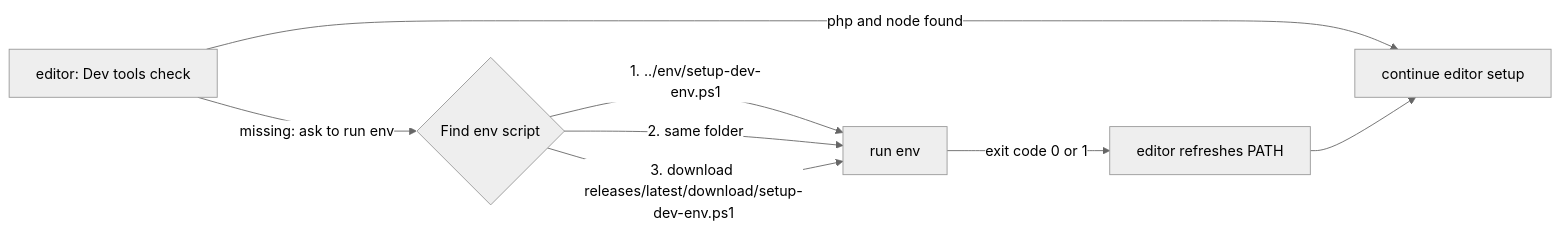
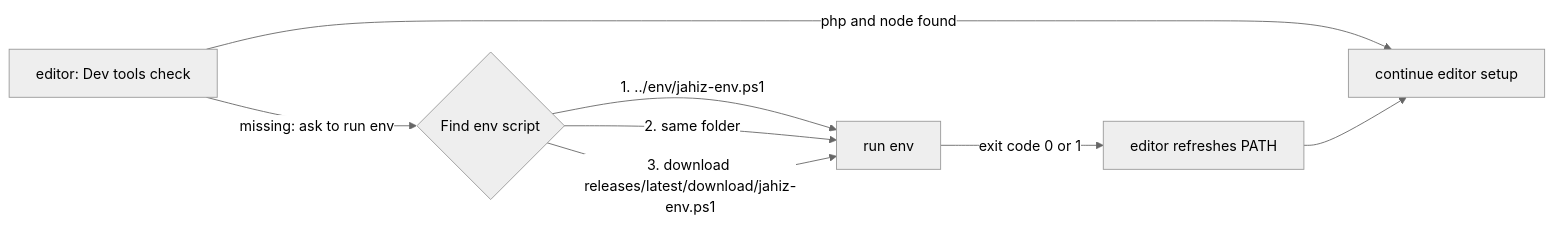
Before and after one commit to Eslam-Nazer/dev-setup: the first of 2 diagrams in docs/architecture.md, drawn with Mermaid (neutral theme). The commit also changed other lines of this file and 25 other files, not shown here.

````diff
--- a/docs/architecture.md
+++ b/docs/architecture.md
@@ -43,10 +43,10 @@
 ```mermaid
 flowchart LR
     E[editor: Dev tools check] -->|php and node found| C[continue editor setup]
     E -->|missing: ask to run env| F{Find env script}
-    F -->|1. ../env/setup-dev-env.ps1| R[run env]
+    F -->|1. ../env/jahiz-env.ps1| R[run env]
     F -->|2. same folder| R
-    F -->|3. download releases/latest/download/setup-dev-env.ps1| R
+    F -->|3. download releases/latest/download/jahiz-env.ps1| R
     R -->|exit code 0 or 1| P[editor refreshes PATH]
     P --> C
 ```
````
